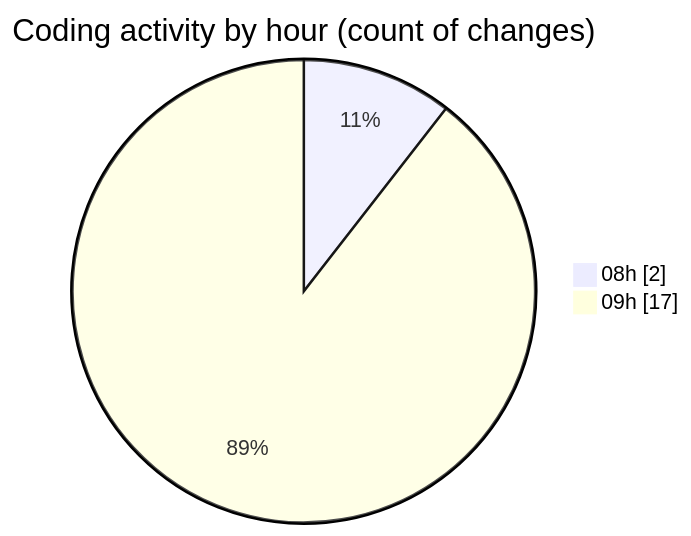
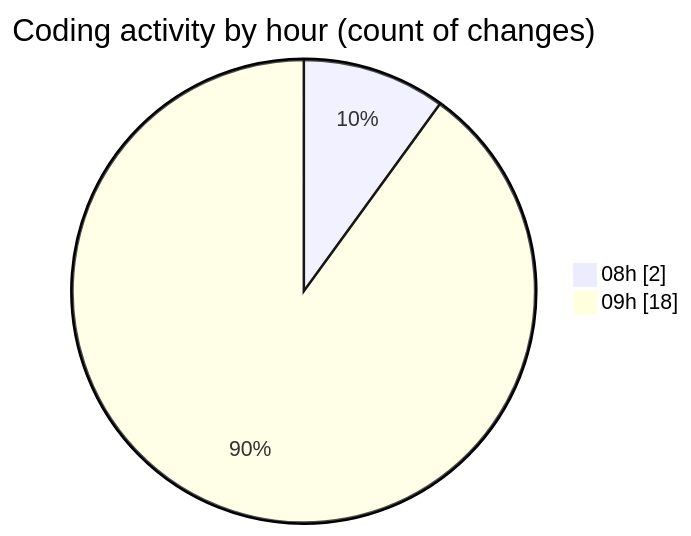
Before and after one commit to Unknowalive/code-tracking: the second of 2 diagrams in 2026-08-20/lab2/README.md, drawn with Mermaid. The commit also changed other lines of this file and 1 other file, not shown here.

````diff
--- a/2026-08-20/lab2/README.md
+++ b/2026-08-20/lab2/README.md
@@ -34,6 +34,6 @@
 ```mermaid
 pie showData
 title Coding activity by hour (count of changes)
 "08h" : 2
-"09h" : 17
+"09h" : 18
 ```
````
